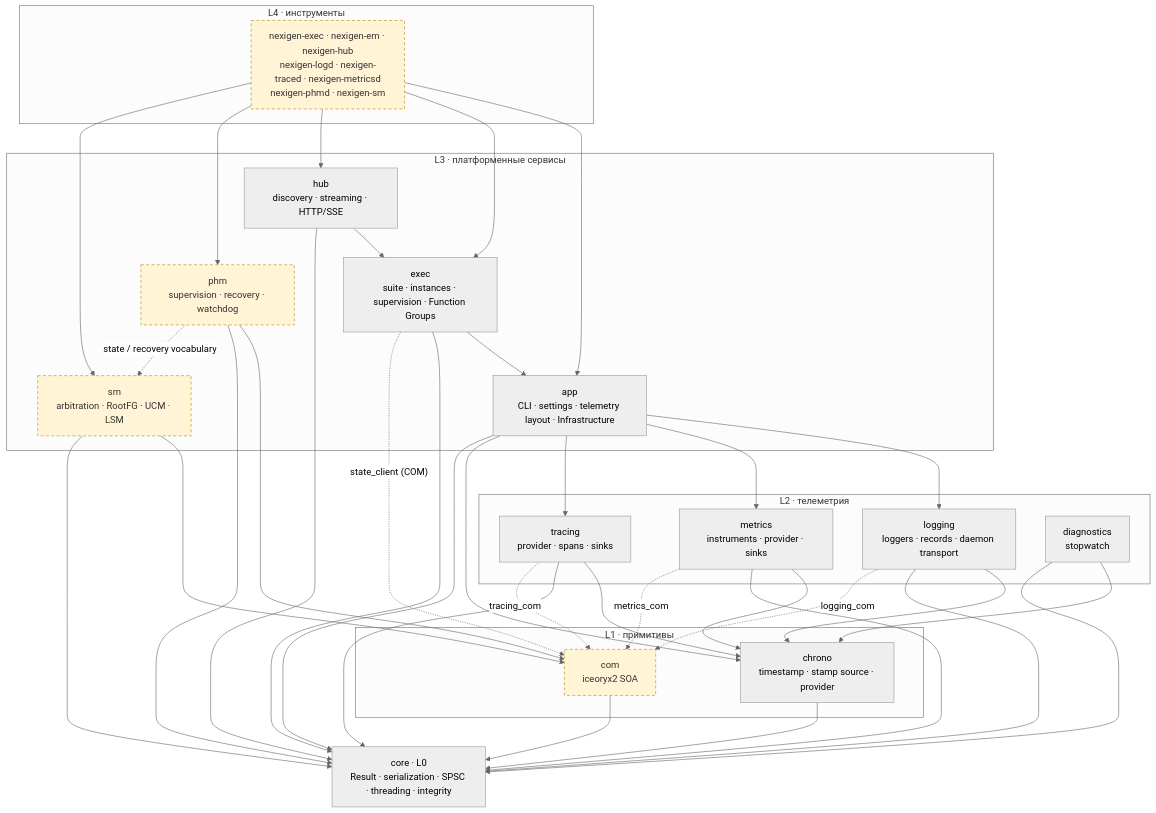
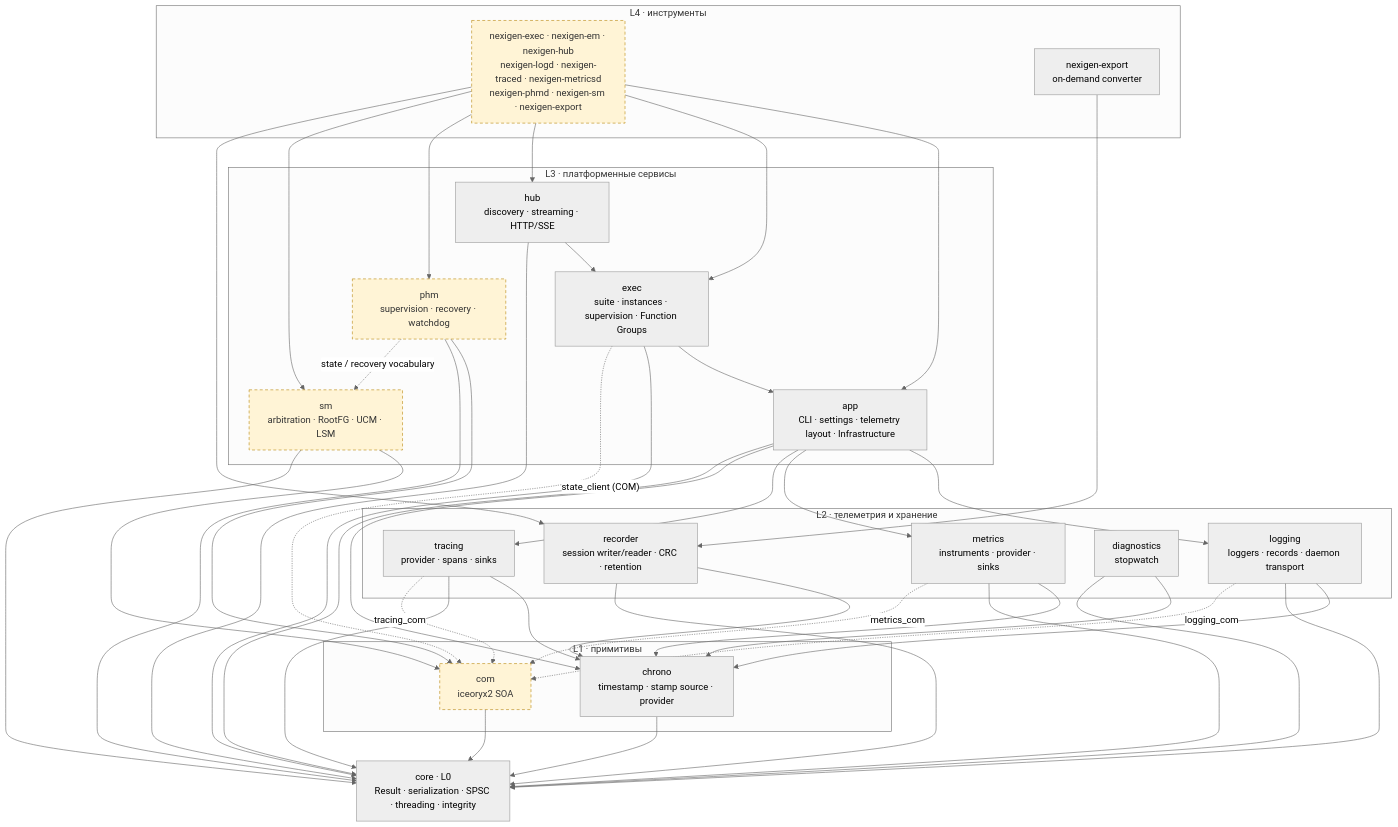
One commit to nexigen-tech/nexigen-cpp changed the first of 8 diagrams in docs/architecture.md. Above: the diagram before and after it, drawn with Mermaid (neutral theme). The commit also changed other lines of this file and 4 other files, not shown here.

First line of the commit message:
docs(architecture): refresh platform map and add recorder flow

````diff
--- a/docs/architecture.md
+++ b/docs/architecture.md
@@ -66,69 +73,75 @@
 ```mermaid
 flowchart TB
     subgraph L4["L4 · инструменты"]
-        TOOLS["nexigen-exec · nexigen-em · nexigen-hub<br/>nexigen-logd · nexigen-traced · nexigen-metricsd<br/>nexigen-phmd · nexigen-sm"]
+        TOOLS["nexigen-exec · nexigen-em · nexigen-hub<br/>nexigen-logd · nexigen-traced · nexigen-metricsd<br/>nexigen-phmd · nexigen-sm · nexigen-export"]
+        EXP["nexigen-export<br/>on-demand converter"]
     end
 
     subgraph L3["L3 · платформенные сервисы"]
         APP["app<br/>CLI · settings · telemetry layout · Infrastructure"]
         EXEC["exec<br/>suite · instances · supervision · Function Groups"]
         HUB["hub<br/>discovery · streaming · HTTP/SSE"]
         PHM["phm<br/>supervision · recovery · watchdog"]
         SM["sm<br/>arbitration · RootFG · UCM · LSM"]
     end
 
-    subgraph L2["L2 · телеметрия"]
+    subgraph L2["L2 · телеметрия и хранение"]
         LOG["logging<br/>loggers · records · daemon transport"]
         MET["metrics<br/>instruments · provider · sinks"]
         TRC["tracing<br/>provider · spans · sinks"]
         DIA["diagnostics<br/>stopwatch"]
+        REC["recorder<br/>session writer/reader · CRC · retention"]
     end
 
     subgraph L1["L1 · примитивы"]
         CHR["chrono<br/>timestamp · stamp source · provider"]
         COM["com<br/>iceoryx2 SOA"]
     end
 
     CORE["core · L0<br/>Result · serialization · SPSC · threading · integrity"]
 
     TOOLS --> APP
     TOOLS --> EXEC
     TOOLS --> HUB
     TOOLS --> PHM
     TOOLS --> SM
+    TOOLS --> REC
+    EXP --> REC
 
     APP --> LOG
     APP --> MET
     APP --> TRC
     APP --> CHR
     EXEC --> APP
     HUB --> EXEC
     PHM --> COM
     SM --> COM
 
     LOG --> CHR
     MET --> CHR
     TRC --> CHR
     DIA --> CHR
+    REC --> CHR
 
     APP --> CORE
     EXEC --> CORE
     HUB --> CORE
     PHM --> CORE
     SM --> CORE
     CHR --> CORE
     COM --> CORE
     LOG --> CORE
     MET --> CORE
     TRC --> CORE
     DIA --> CORE
+    REC --> CORE
 
     LOG -.->|"logging_com"| COM
     MET -.->|"metrics_com"| COM
     TRC -.->|"tracing_com"| COM
     EXEC -.->|"state_client (COM)"| COM
     PHM -.->|"state / recovery vocabulary"| SM
 
     classDef optional fill:#fff4d6,stroke:#b8860b,stroke-dasharray: 5 4,color:#333
     class COM,PHM,SM,TOOLS optional
 ```
````
